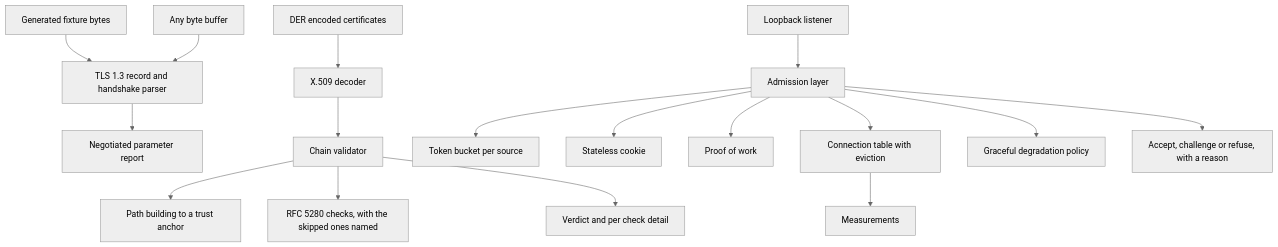
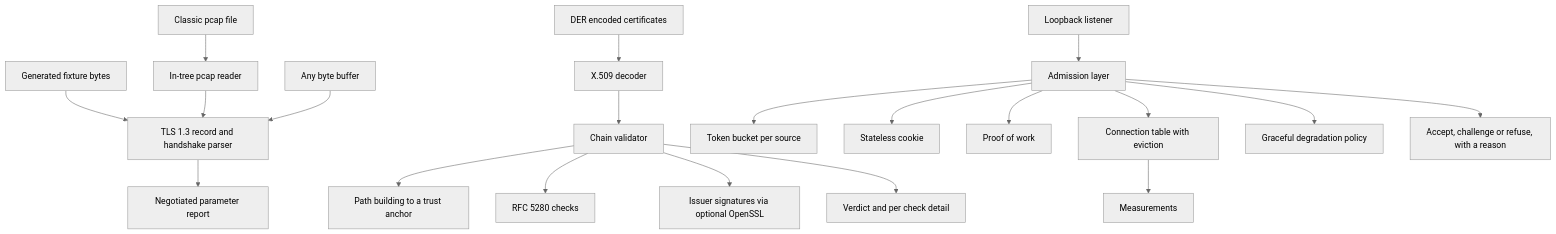
The diagram in README.md (Alex-Tsvetanov/sentinel), drawn with Mermaid (neutral theme) before and after one commit. The commit also changed other lines of this file and 24 other files, not shown here.

First line of the commit message:
Add optional X.509 signature verification and classic pcap reader

````diff
--- a/README.md
+++ b/README.md
@@ -145,19 +154,22 @@
 ```mermaid
 flowchart TD
     F[Generated fixture bytes] --> H[TLS 1.3 record and handshake parser]
+    P[Classic pcap file] --> CR[In-tree pcap reader]
+    CR --> H
     B[Any byte buffer] --> H
     H --> R[Negotiated parameter report]
     D[DER encoded certificates] --> X[X.509 decoder]
     X --> V[Chain validator]
     V --> PB[Path building to a trust anchor]
-    V --> CH[RFC 5280 checks, with the skipped ones named]
+    V --> CH[RFC 5280 checks]
+    V --> SIG[Issuer signatures via optional OpenSSL]
     V --> VD[Verdict and per check detail]
     S[Loopback listener] --> A[Admission layer]
     A --> A1[Token bucket per source]
     A --> A2[Stateless cookie]
     A --> A3[Proof of work]
     A --> T[Connection table with eviction]
     A --> G[Graceful degradation policy]
     T --> M[Measurements]
     A --> AD[Accept, challenge or refuse, with a reason]
 ```
````
